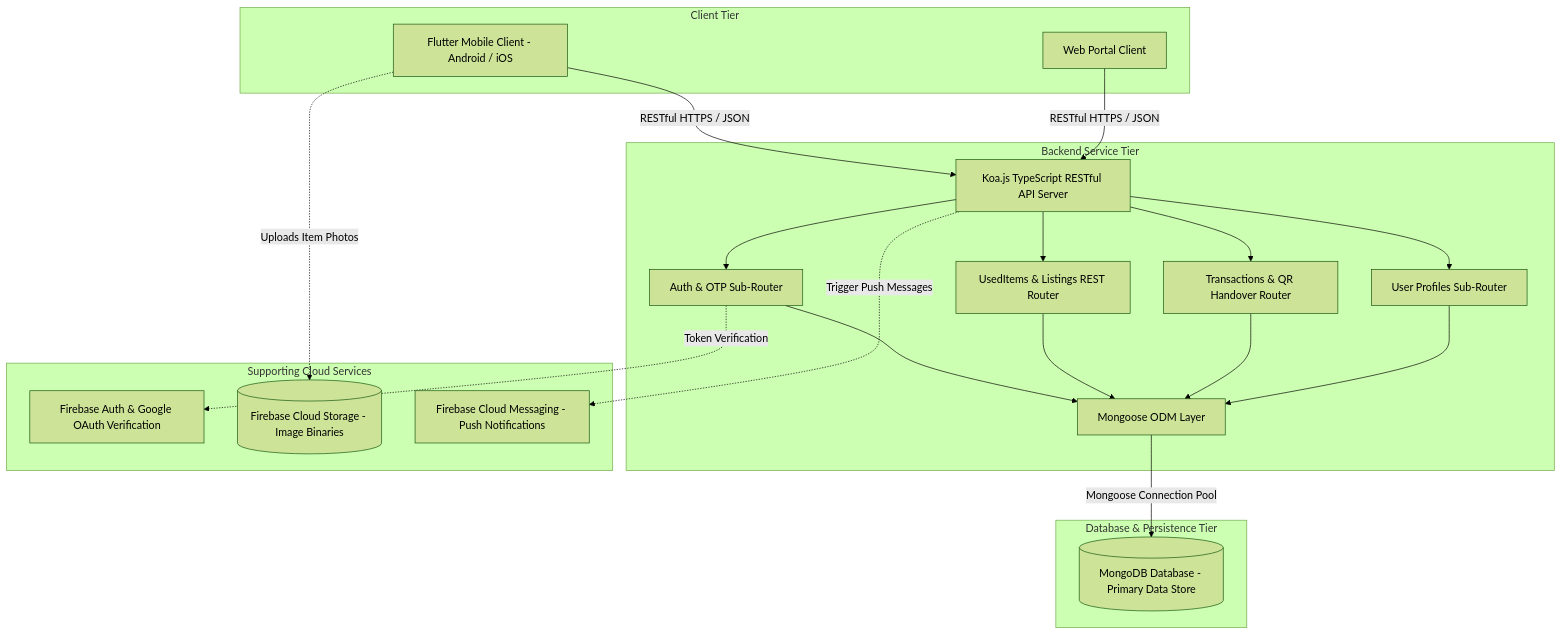
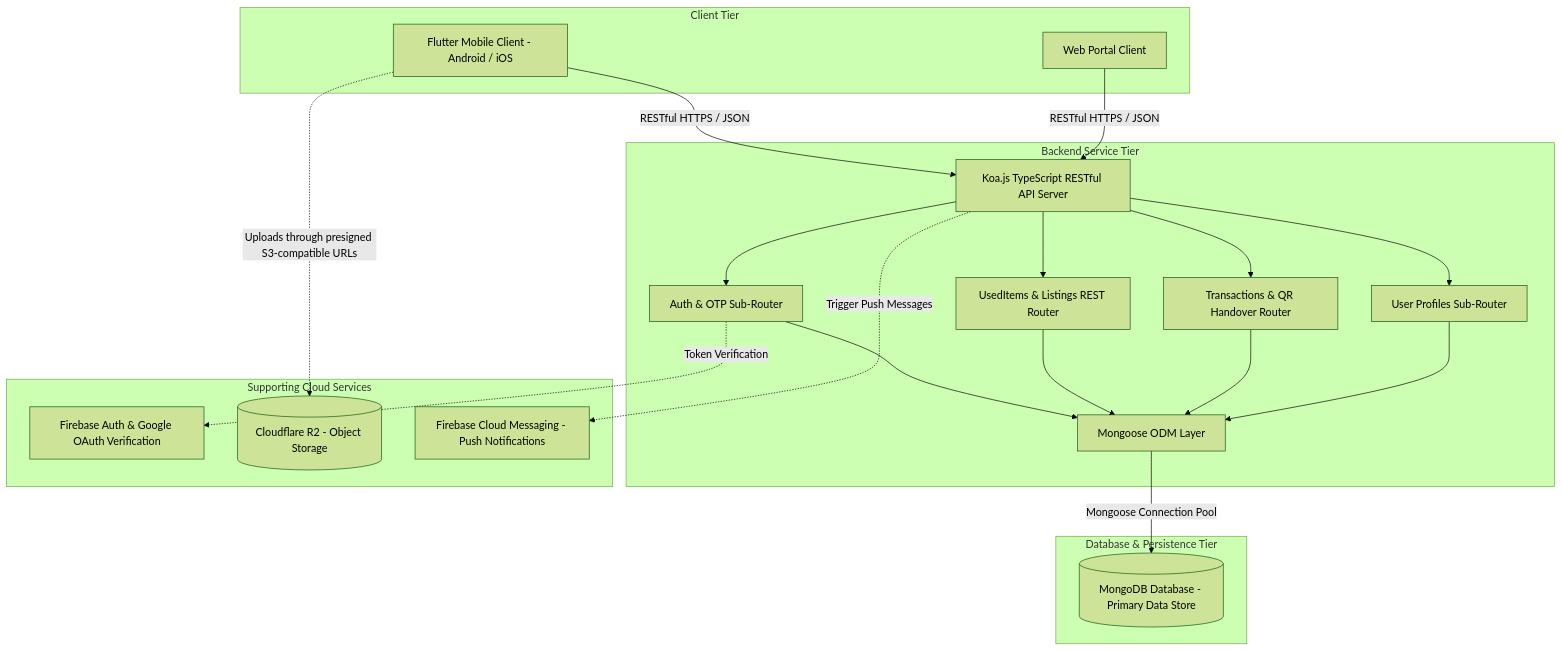
One commit to KiwiShare/kiwishare changed the first of 2 diagrams in docs/architecture.md. Above: the diagram before and after it, drawn with Mermaid (forest theme). The commit also changed other lines of this file and 3 other files, not shown here.

````diff
--- a/docs/architecture.md
+++ b/docs/architecture.md
@@ -11,45 +11,45 @@
 ```mermaid
 graph TD
     subgraph Client Tier
         MobileApp[Flutter Mobile Client - Android / iOS]
         WebApp[Web Portal Client]
     end
 
     subgraph Backend Service Tier
         KoaApp[Koa.js TypeScript RESTful API Server]
         AuthRouter[Auth & OTP Sub-Router]
         UsedItemsRouter[UsedItems & Listings REST Router]
         TxRouter[Transactions & QR Handover Router]
         UsersRouter[User Profiles Sub-Router]
         MongooseODM[Mongoose ODM Layer]
     end
 
     subgraph Database & Persistence Tier
         MongoDB[(MongoDB Database - Primary Data Store)]
     end
 
     subgraph Supporting Cloud Services
         FirebaseAuth[Firebase Auth & Google OAuth Verification]
-        FirebaseStorage[(Firebase Cloud Storage - Image Binaries)]
+        R2[(Cloudflare R2 - Object Storage)]
         FCM[Firebase Cloud Messaging - Push Notifications]
     end
 
     MobileApp -->|RESTful HTTPS / JSON| KoaApp
     WebApp -->|RESTful HTTPS / JSON| KoaApp
 
     KoaApp --> AuthRouter
     KoaApp --> UsedItemsRouter
     KoaApp --> TxRouter
     KoaApp --> UsersRouter
 
     AuthRouter --> MongooseODM
     UsedItemsRouter --> MongooseODM
     TxRouter --> MongooseODM
     UsersRouter --> MongooseODM
 
     MongooseODM -->|Mongoose Connection Pool| MongoDB
 
     AuthRouter -.->|Token Verification| FirebaseAuth
-    MobileApp -.->|Uploads Item Photos| FirebaseStorage
+    MobileApp -.->|Uploads through presigned S3-compatible URLs| R2
     KoaApp -.->|Trigger Push Messages| FCM
 ```
````
